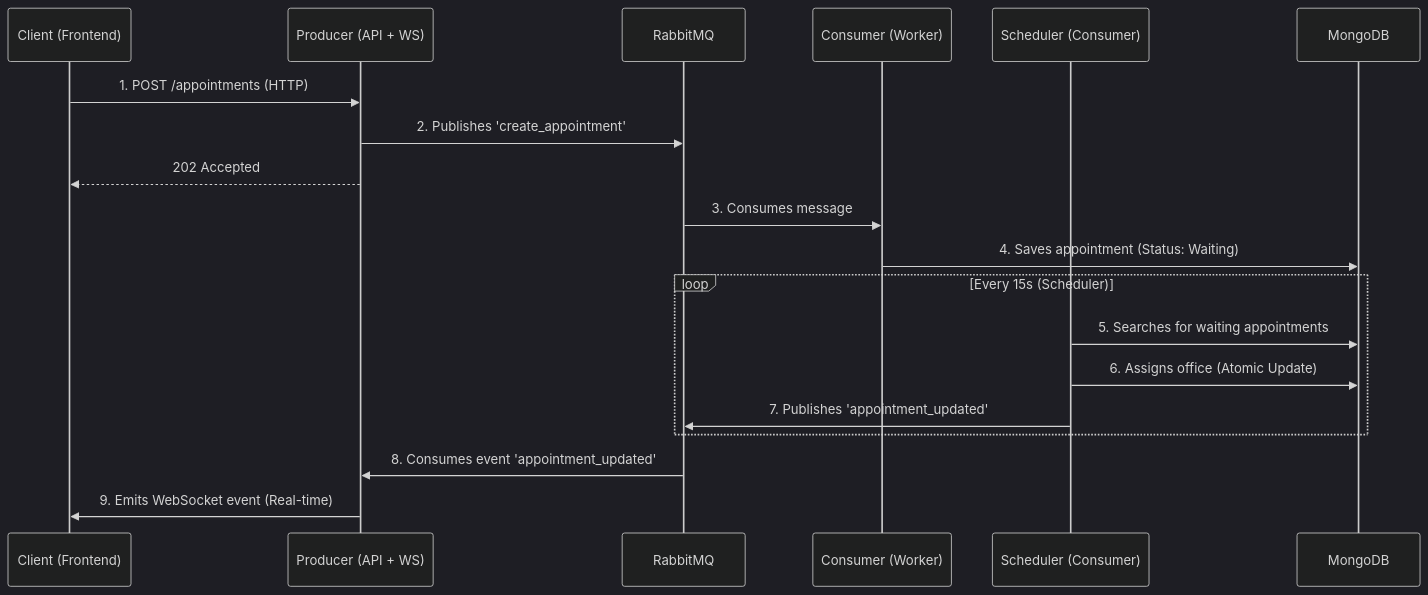
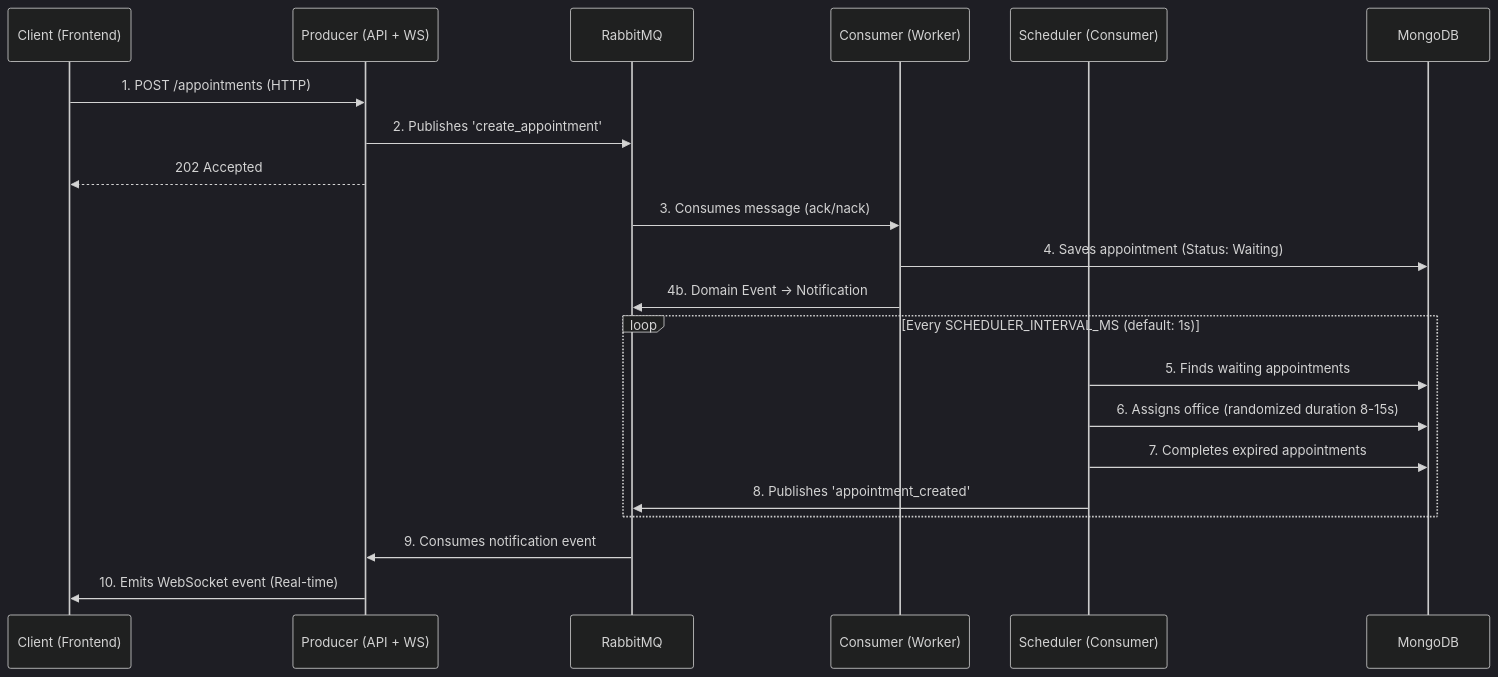
Before and after one commit to jhorman10/IA_P1_Fork: the diagram in README.md, drawn with Mermaid (dark theme). The commit also changed other lines of this file, not shown here.

First line of the commit message:
docs: rewrite README.md to reflect Elite DDD architecture and Security Hardening

````diff
--- a/README.md
+++ b/README.md
@@ -9,24 +9,26 @@
 ```mermaid
 sequenceDiagram
     participant C as Client (Frontend)
     participant P as Producer (API + WS)
     participant Q as RabbitMQ
     participant W as Consumer (Worker)
     participant S as Scheduler (Consumer)
     participant D as MongoDB
 
     C->>P: 1. POST /appointments (HTTP)
     P->>Q: 2. Publishes 'create_appointment'
     P-->>C: 202 Accepted
-    Q->>W: 3. Consumes message
+    Q->>W: 3. Consumes message (ack/nack)
     W->>D: 4. Saves appointment (Status: Waiting)
+    W->>Q: 4b. Domain Event → Notification
     
-    loop Every 15s (Scheduler)
-        S->>D: 5. Searches for waiting appointments
-        S->>D: 6. Assigns office (Atomic Update)
-        S->>Q: 7. Publishes 'appointment_updated'
+    loop Every SCHEDULER_INTERVAL_MS (default: 1s)
+        S->>D: 5. Finds waiting appointments
+        S->>D: 6. Assigns office (randomized duration 8-15s)
+        S->>D: 7. Completes expired appointments
+        S->>Q: 8. Publishes 'appointment_created'
     end
 
-    Q->>P: 8. Consumes event 'appointment_updated'
-    P->>C: 9. Emits WebSocket event (Real-time)
+    Q->>P: 9. Consumes notification event
+    P->>C: 10. Emits WebSocket event (Real-time)
 ```
````
